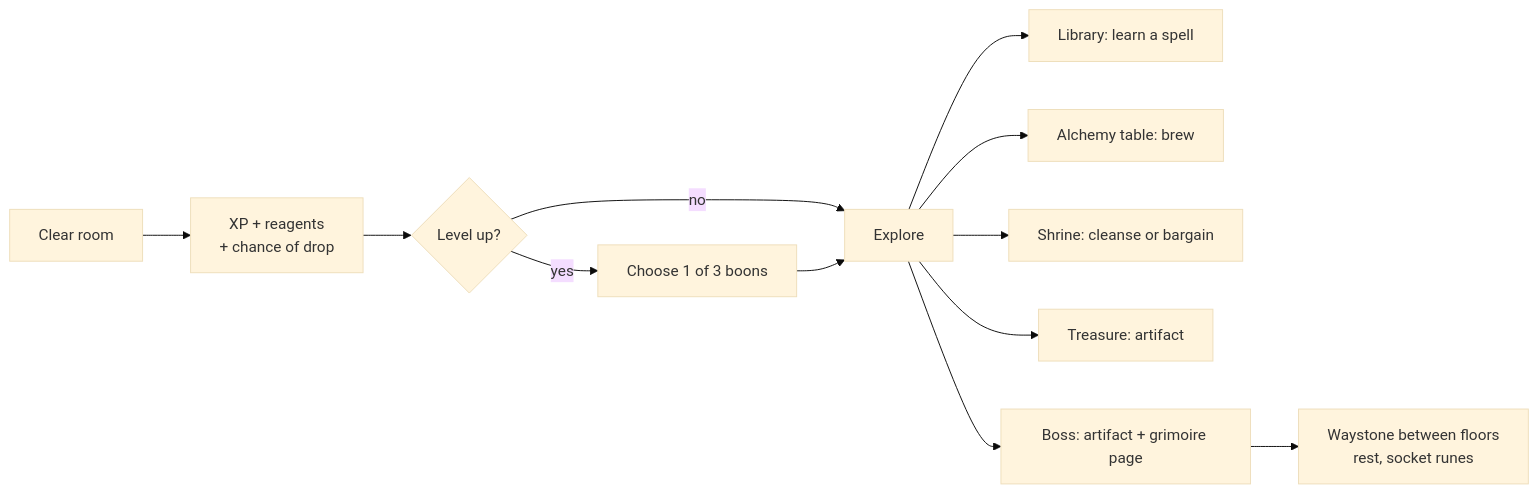
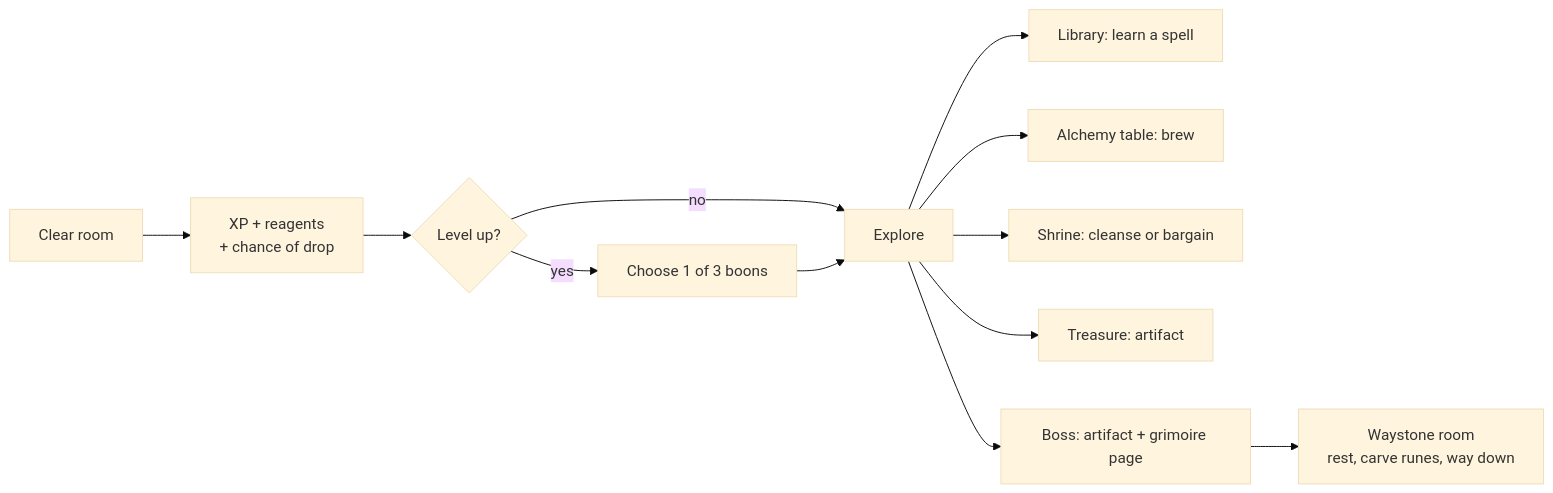
One commit to Asyrion/ossuary changed the second of 2 diagrams in docs/GDD.md. Above: the diagram before and after it, drawn with Mermaid (base theme). The commit also changed other lines of this file, not shown here.

First line of the commit message:
M6 step 13: the GDD as built (runes, boons, insight and levels, the waystone room, the bargain, harder runs)

````diff
--- a/docs/GDD.md
+++ b/docs/GDD.md
@@ -80,14 +80,14 @@
 ```mermaid
 flowchart LR
   A[Clear room] --> B[XP + reagents<br/>+ chance of drop]
   B --> C{Level up?}
   C -- yes --> D[Choose 1 of 3 boons]
   C -- no --> E[Explore]
   D --> E
   E --> F[Library: learn a spell]
   E --> G[Alchemy table: brew]
   E --> H[Shrine: cleanse or bargain]
   E --> I[Treasure: artifact]
   E --> J[Boss: artifact + grimoire page]
-  J --> K[Waystone between floors<br/>rest, socket runes]
+  J --> K[Waystone room<br/>rest, carve runes, way down]
 ```
````
